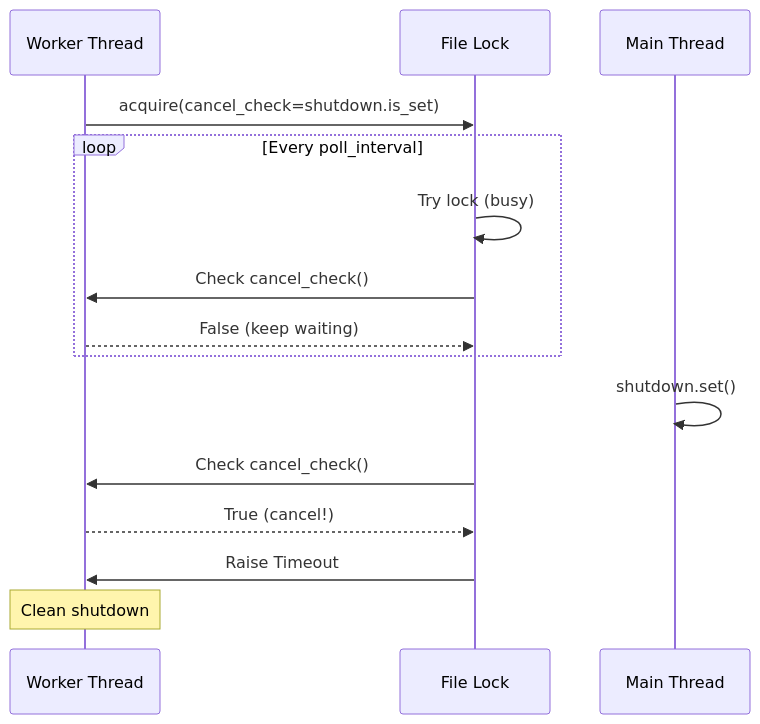
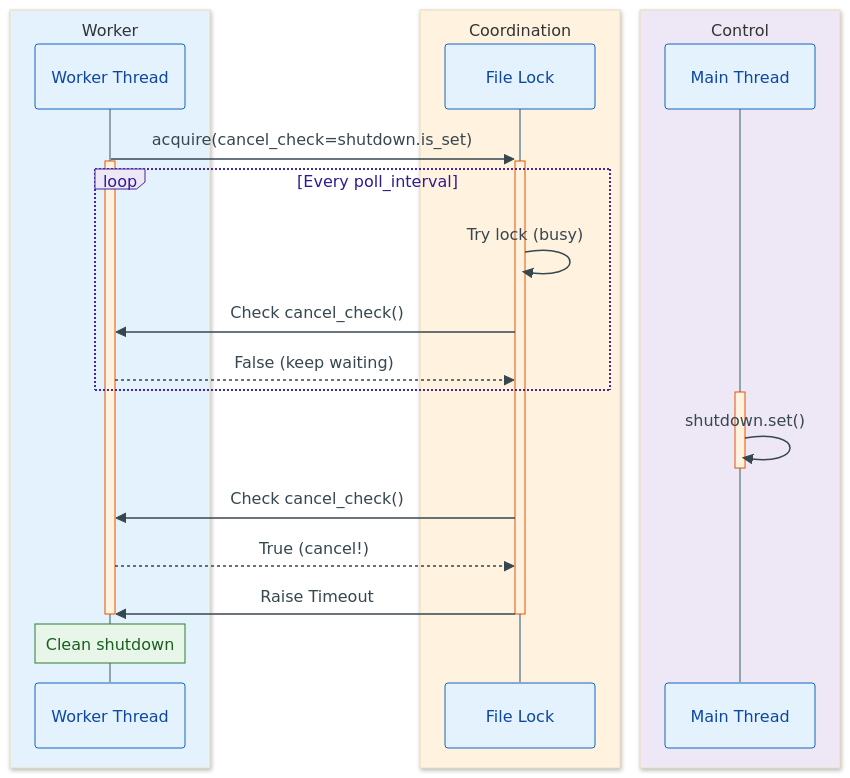
Before and after one commit to tox-dev/filelock: the second of 2 diagrams in docs/how-to.rst, drawn with Mermaid. The commit also changed other lines of this file and 13 other files, not shown here.

```diff
--- a/docs/how-to.rst
+++ b/docs/how-to.rst
@@ -752,17 +1129,28 @@
 .. mermaid::
 
+    %%{init: {'theme':'base','themeVariables':{'actorBkg':'#e3f2fd','actorBorder':'#1565c0','actorTextColor':'#0d47a1','actorLineColor':'#90a4ae','activationBkgColor':'#fff3e0','activationBorderColor':'#e65100','noteBkgColor':'#e8f5e9','noteBorderColor':'#2e7d32','noteTextColor':'#1b5e20','signalColor':'#37474f','signalTextColor':'#37474f','labelBoxBkgColor':'#ede7f6','labelBoxBorderColor':'#4527a0','labelTextColor':'#311b92','loopTextColor':'#311b92'}}}%%
     sequenceDiagram
-        participant W as Worker Thread
-        participant L as File Lock
-        participant M as Main Thread
-        W->>L: acquire(cancel_check=shutdown.is_set)
+        box rgb(227, 242, 253) Worker
+            participant W as Worker Thread
+        end
+        box rgb(255, 243, 224) Coordination
+            participant L as File Lock
+        end
+        box rgb(237, 231, 246) Control
+            participant M as Main Thread
+        end
+        W->>+L: acquire(cancel_check=shutdown.is_set)
+        activate W
         loop Every poll_interval
             L->>L: Try lock (busy)
             L->>W: Check cancel_check()
             W-->>L: False (keep waiting)
         end
+        activate M
         M->>M: shutdown.set()
+        deactivate M
         L->>W: Check cancel_check()
         W-->>L: True (cancel!)
-        L->>W: Raise Timeout
+        L->>-W: Raise Timeout
+        deactivate W
         Note over W: Clean shutdown
```
